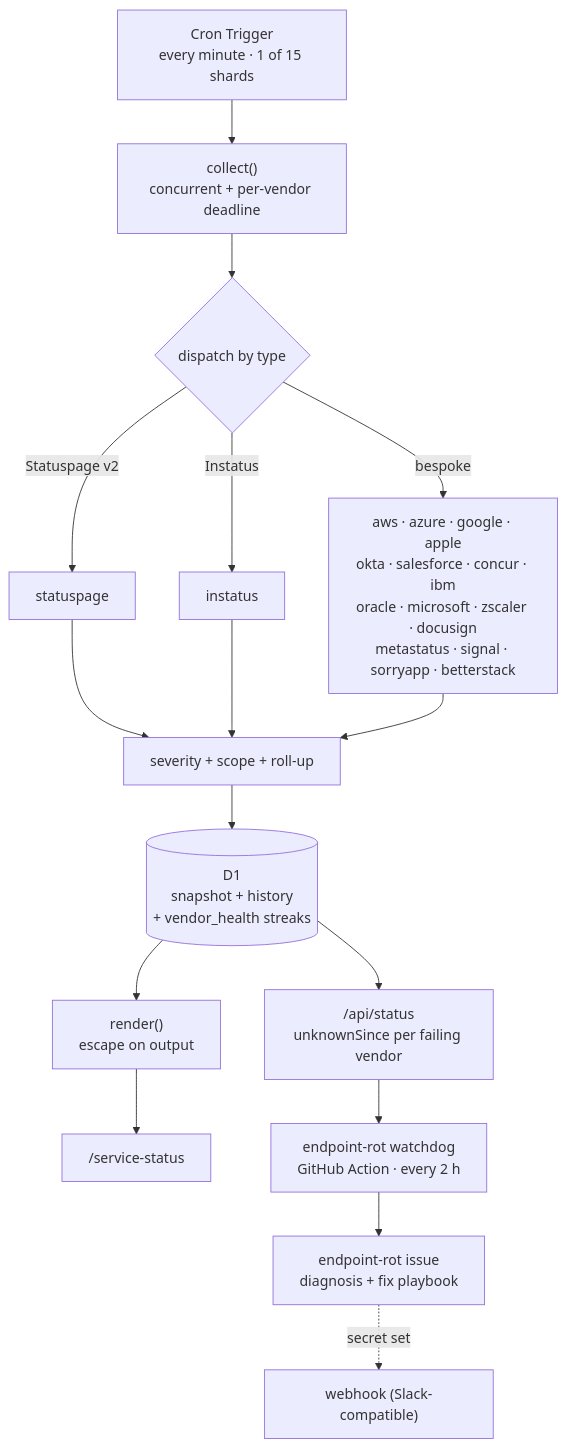
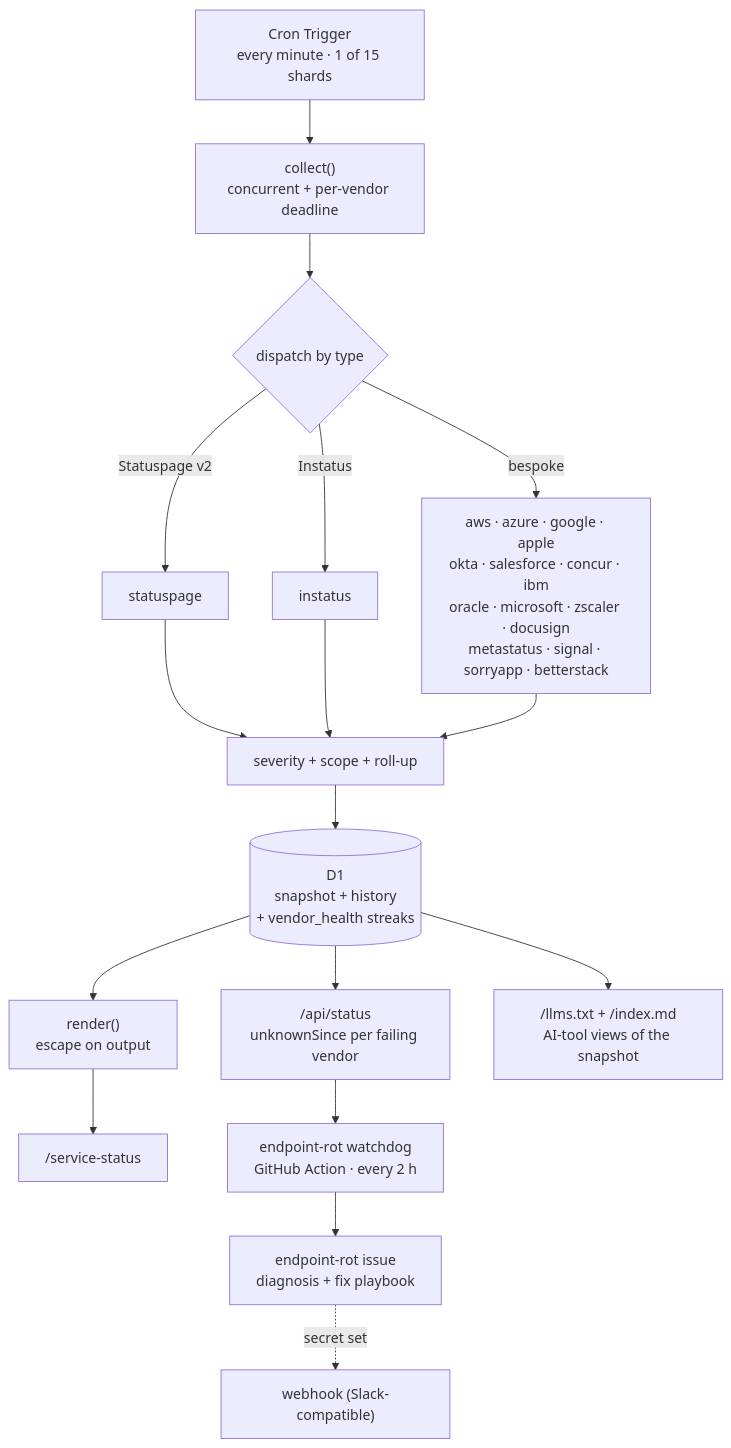
Before and after one commit to bjgreenberg/vendor-dashboard: the first of 2 diagrams in README.md, drawn with Mermaid. The commit also changed other lines of this file and 4 other files, not shown here.

First line of the commit message:
feat(worker): /service-status/llms.txt and the page as Markdown (index.md) (#154)

````diff
--- a/README.md
+++ b/README.md
@@ -82,18 +82,19 @@
 ```mermaid
 flowchart TB
     cron["Cron Trigger<br/>every minute · 1 of 15 shards"] --> collect["collect()<br/>concurrent + per-vendor deadline"]
     collect --> adapters{"dispatch by type"}
     adapters -->|"Statuspage v2"| a1["statuspage"]
     adapters -->|"Instatus"| a2["instatus"]
     adapters -->|"bespoke"| a3["aws · azure · google · apple<br/>okta · salesforce · concur · ibm<br/>oracle · microsoft · zscaler · docusign<br/>metastatus · signal · sorryapp · betterstack"]
     a1 --> norm["severity + scope + roll-up"]
     a2 --> norm
     a3 --> norm
     norm --> d1[("D1<br/>snapshot + history<br/>+ vendor_health streaks")]
     d1 --> render["render()<br/>escape on output"]
     render --> page["/service-status"]
     d1 --> api["/api/status<br/>unknownSince per failing vendor"]
+    d1 --> ai["/llms.txt + /index.md<br/>AI-tool views of the snapshot"]
     api --> wd["endpoint-rot watchdog<br/>GitHub Action · every 2 h"]
     wd --> issue["endpoint-rot issue<br/>diagnosis + fix playbook"]
     issue -.->|"secret set"| slack["webhook (Slack-compatible)"]
 ```
````
